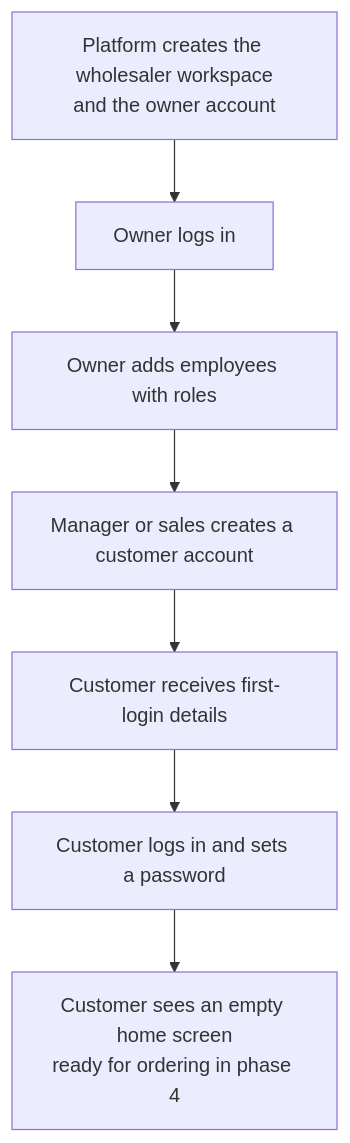
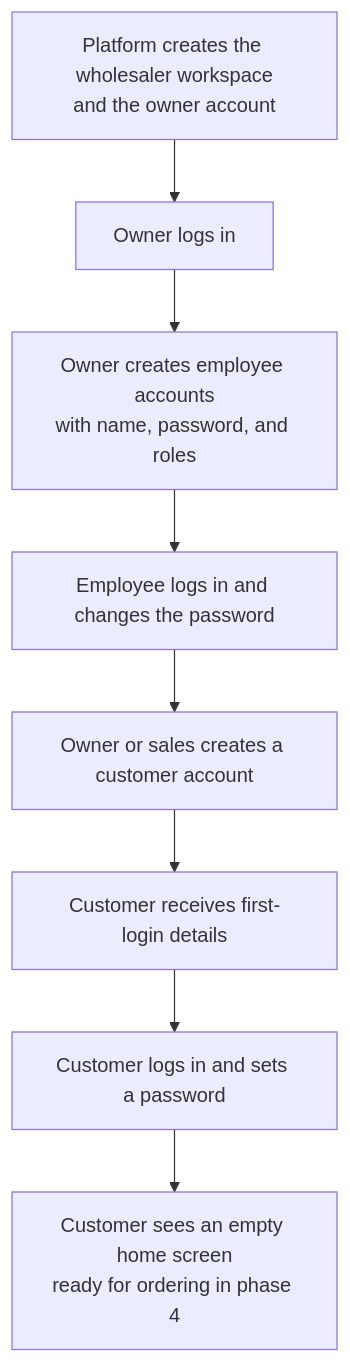
Before and after one commit to AhmedElnagarUU/Cosmo: the diagram in docs/sub-plans/01-foundation-and-accounts.md, drawn with Mermaid. The commit also changed other lines of this file and 33 other files, not shown here.

````diff
--- a/docs/sub-plans/01-foundation-and-accounts.md
+++ b/docs/sub-plans/01-foundation-and-accounts.md
@@ -36,9 +39,10 @@
 ```mermaid
 flowchart TD
     A[Platform creates the wholesaler workspace<br/>and the owner account] --> B[Owner logs in]
-    B --> C[Owner adds employees with roles]
-    C --> D[Manager or sales creates a customer account]
+    B --> C[Owner creates employee accounts<br/>with name, password, and roles]
+    C --> C2[Employee logs in and changes the password]
+    C2 --> D[Owner or sales creates a customer account]
     D --> E[Customer receives first-login details]
     E --> F[Customer logs in and sets a password]
     F --> G[Customer sees an empty home screen<br/>ready for ordering in phase 4]
 ```
````
